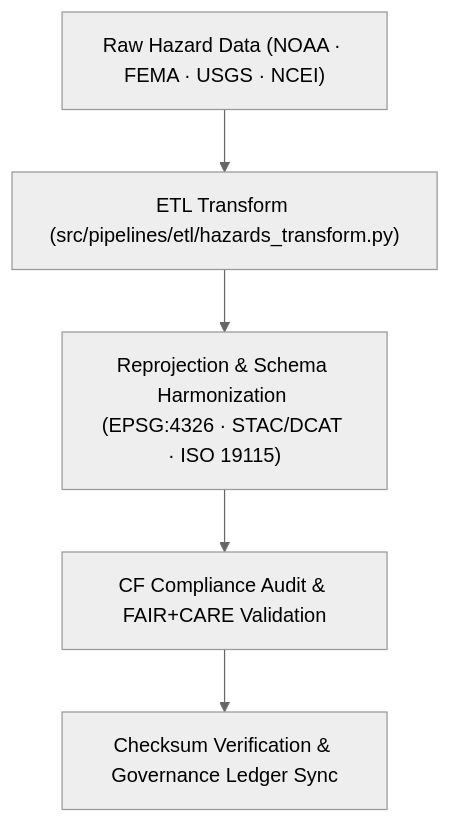
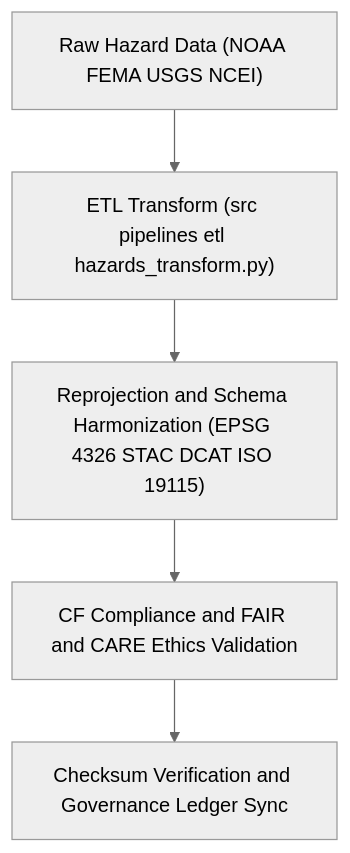
Before and after one commit to bartytime4life/Kansas-Frontier-Matrix: the diagram in data/work/tmp/hazards/transforms/README.md, drawn with Mermaid (neutral theme). The commit also changed other lines of this file, not shown here.

````diff
--- a/data/work/tmp/hazards/transforms/README.md
+++ b/data/work/tmp/hazards/transforms/README.md
@@ -68,7 +64,7 @@
 ```mermaid
 flowchart TD
-    A["Raw Hazard Data (NOAA · FEMA · USGS · NCEI)"] --> B["ETL Transform (src/pipelines/etl/hazards_transform.py)"]
-    B --> C["Reprojection & Schema Harmonization (EPSG:4326 · STAC/DCAT · ISO 19115)"]
-    C --> D["CF Compliance Audit & FAIR+CARE Validation"]
-    D --> E["Checksum Verification & Governance Ledger Sync"]
+    A["Raw Hazard Data (NOAA FEMA USGS NCEI)"] --> B["ETL Transform (src pipelines etl hazards_transform.py)"]
+    B --> C["Reprojection and Schema Harmonization (EPSG 4326 STAC DCAT ISO 19115)"]
+    C --> D["CF Compliance and FAIR and CARE Ethics Validation"]
+    D --> E["Checksum Verification and Governance Ledger Sync"]
 ```
````
